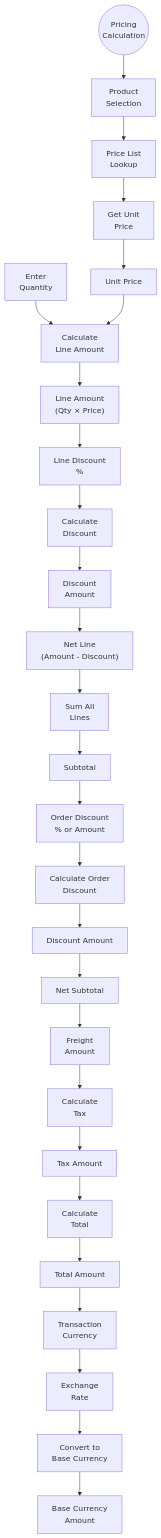
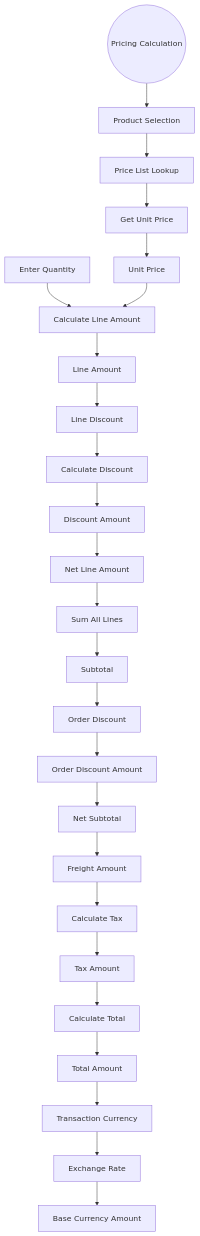
One commit to JohnDevaSahayam/Dynamic-365-Database-Documentation changed diagram 14 of 15 in D365_Mermaid_Diagrams.md. Above: the diagram before and after it, drawn with Mermaid. The commit also changed other lines of this file, not shown here.

Commit message:
mermaid diagram docment changes

````diff
--- a/D365_Mermaid_Diagrams.md
+++ b/D365_Mermaid_Diagrams.md
@@ -1615,84 +1287,56 @@
 ```mermaid
 flowchart TD
-    %% ==================== PRICING ENGINE ====================
+    START(("Pricing Calculation"))
     
-    START(("Pricing<br/>Calculation"))
+    PRODUCT["Product Selection"]
+    PRICELIST["Price List Lookup"]
+    GET_PRICE["Get Unit Price"]
+    LINE_QTY["Enter Quantity"]
+    LINE_PRICE["Unit Price"]
+    LINE_CALC["Calculate Line Amount"]
+    LINE_AMOUNT["Line Amount"]
+    LINE_DISCOUNT["Line Discount"]
+    DISCOUNT_CALC["Calculate Discount"]
+    DISCOUNT_AMT["Discount Amount"]
+    NET_LINE["Net Line Amount"]
+    TOTAL_LINES["Sum All Lines"]
+    SUBTOTAL["Subtotal"]
+    ORDER_DISCOUNT["Order Discount"]
+    ORDER_DISCOUNT_AMT["Order Discount Amount"]
+    NET_SUBTOTAL["Net Subtotal"]
+    FREIGHT["Freight Amount"]
+    TAX_CALC["Calculate Tax"]
+    TAX_AMT["Tax Amount"]
+    TOTAL_CALC["Calculate Total"]
+    TOTAL_AMOUNT["Total Amount"]
+    TRANSACTION_CURRENCY["Transaction Currency"]
+    EXCHANGE_RATE["Exchange Rate"]
+    BASE_AMOUNT["Base Currency Amount"]
     
-    %% Product Pricing
-    PRODUCT["Product<br/>Selection"]
-    PRICELIST["Price List<br/>Lookup"]
-    GET_PRICE["Get Unit<br/>Price"]
-    
-    %% Line Item
-    LINE_QTY["Enter<br/>Quantity"]
-    LINE_PRICE["Unit Price"]
-    LINE_CALC["Calculate<br/>Line Amount"]
-    LINE_AMOUNT["Line Amount<br/>(Qty × Price)"]
-    
-    %% Discounts
-    LINE_DISCOUNT["Line Discount<br/>%"]
-    DISCOUNT_CALC["Calculate<br/>Discount"]
-    DISCOUNT_AMT["Discount<br/>Amount"]
-    NET_LINE["Net Line<br/>(Amount - Discount)"]
-    
-    %% Extended Pricing
-    TOTAL_LINES["Sum All<br/>Lines"]
-    SUBTOTAL["Subtotal"]
-    
-    ORDER_DISCOUNT["Order Discount<br/>% or Amount"]
-    ORDER_DISCOUNT_CALC["Calculate Order<br/>Discount"]
-    ORDER_DISCOUNT_AMT["Discount Amount"]
-    NET_SUBTOTAL["Net Subtotal"]
-    
-    %% Additional Costs
-    FREIGHT["Freight<br/>Amount"]
-    TAX_CALC["Calculate<br/>Tax"]
-    TAX_AMT["Tax Amount"]
-    
-    %% Final Total
-    TOTAL_CALC["Calculate<br/>Total"]
-    TOTAL_AMOUNT["Total Amount"]
-    
-    %% Base Currency
-    TRANSACTION_CURRENCY["Transaction<br/>Currency"]
-    EXCHANGE_RATE["Exchange<br/>Rate"]
-    CONVERT["Convert to<br/>Base Currency"]
-    BASE_AMOUNT["Base Currency<br/>Amount"]
-    
-    %% Connections
     START --> PRODUCT
     PRODUCT --> PRICELIST
     PRICELIST --> GET_PRICE
-    
     GET_PRICE --> LINE_PRICE
     LINE_QTY --> LINE_CALC
     LINE_PRICE --> LINE_CALC
     LINE_CALC --> LINE_AMOUNT
-    
     LINE_AMOUNT --> LINE_DISCOUNT
     LINE_DISCOUNT --> DISCOUNT_CALC
     DISCOUNT_CALC --> DISCOUNT_AMT
     DISCOUNT_AMT --> NET_LINE
-    
     NET_LINE --> TOTAL_LINES
     TOTAL_LINES --> SUBTOTAL
-    
     SUBTOTAL --> ORDER_DISCOUNT
-    ORDER_DISCOUNT --> ORDER_DISCOUNT_CALC
-    ORDER_DISCOUNT_CALC --> ORDER_DISCOUNT_AMT
+    ORDER_DISCOUNT --> ORDER_DISCOUNT_AMT
     ORDER_DISCOUNT_AMT --> NET_SUBTOTAL
-    
     NET_SUBTOTAL --> FREIGHT
     FREIGHT --> TAX_CALC
     TAX_CALC --> TAX_AMT
-    
     TAX_AMT --> TOTAL_CALC
     TOTAL_CALC --> TOTAL_AMOUNT
-    
     TOTAL_AMOUNT --> TRANSACTION_CURRENCY
     TRANSACTION_CURRENCY --> EXCHANGE_RATE
-    EXCHANGE_RATE --> CONVERT
-    CONVERT --> BASE_AMOUNT
+    EXCHANGE_RATE --> BASE_AMOUNT
     
     class START,TOTAL_AMOUNT,BASE_AMOUNT fill:#e3f2fd,stroke:#1565c0
     class PRODUCT,PRICELIST,GET_PRICE fill:#c8e6c9,stroke:#2e7d32
````
